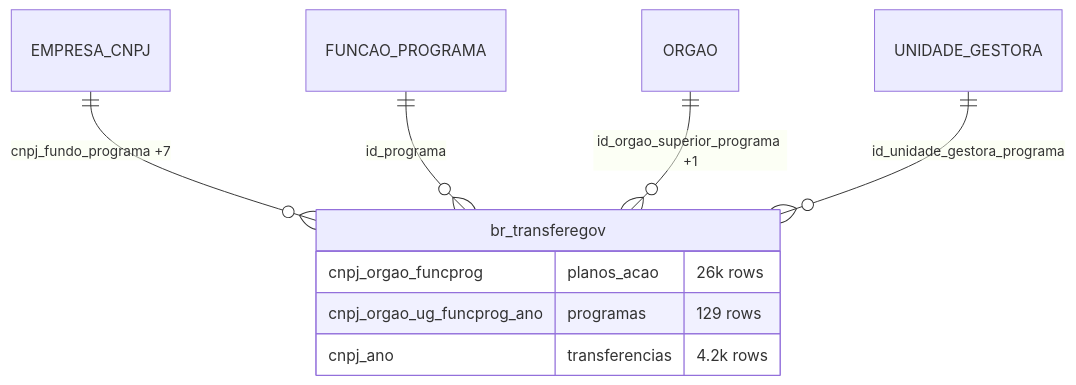
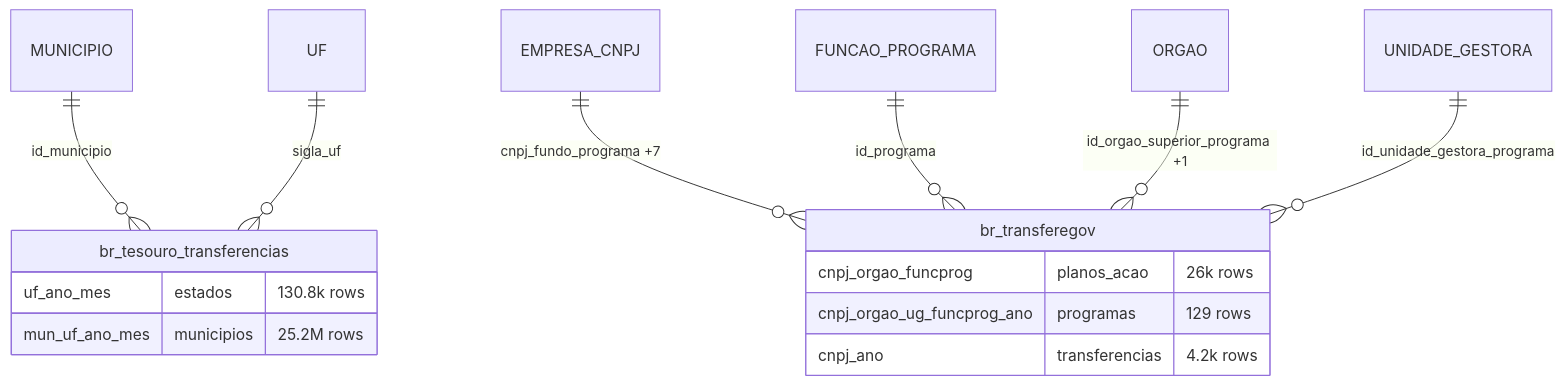
Before and after one commit to rafapolo/rodado: diagram 16 of 37 in docs/mapa/ERD_EN.md, drawn with Mermaid. The commit also changed other lines of this file and 42 other files, not shown here.

````diff
--- a/docs/mapa/ERD_EN.md
+++ b/docs/mapa/ERD_EN.md
@@ -1502,12 +1605,18 @@
 ```mermaid
 erDiagram
+    MUNICIPIO ||--o{ br_tesouro_transferencias : "id_municipio"
+    UF ||--o{ br_tesouro_transferencias : "sigla_uf"
     EMPRESA_CNPJ ||--o{ br_transferegov : "cnpj_fundo_programa +7"
     FUNCAO_PROGRAMA ||--o{ br_transferegov : "id_programa"
     ORGAO ||--o{ br_transferegov : "id_orgao_superior_programa +1"
     UNIDADE_GESTORA ||--o{ br_transferegov : "id_unidade_gestora_programa"
+    br_tesouro_transferencias {
+        uf_ano_mes estados "130.8k rows"
+        mun_uf_ano_mes municipios "25.2M rows"
+    }
     br_transferegov {
         cnpj_orgao_funcprog planos_acao "26k rows"
         cnpj_orgao_ug_funcprog_ano programas "129 rows"
         cnpj_ano transferencias "4.2k rows"
     }
 ```
````
